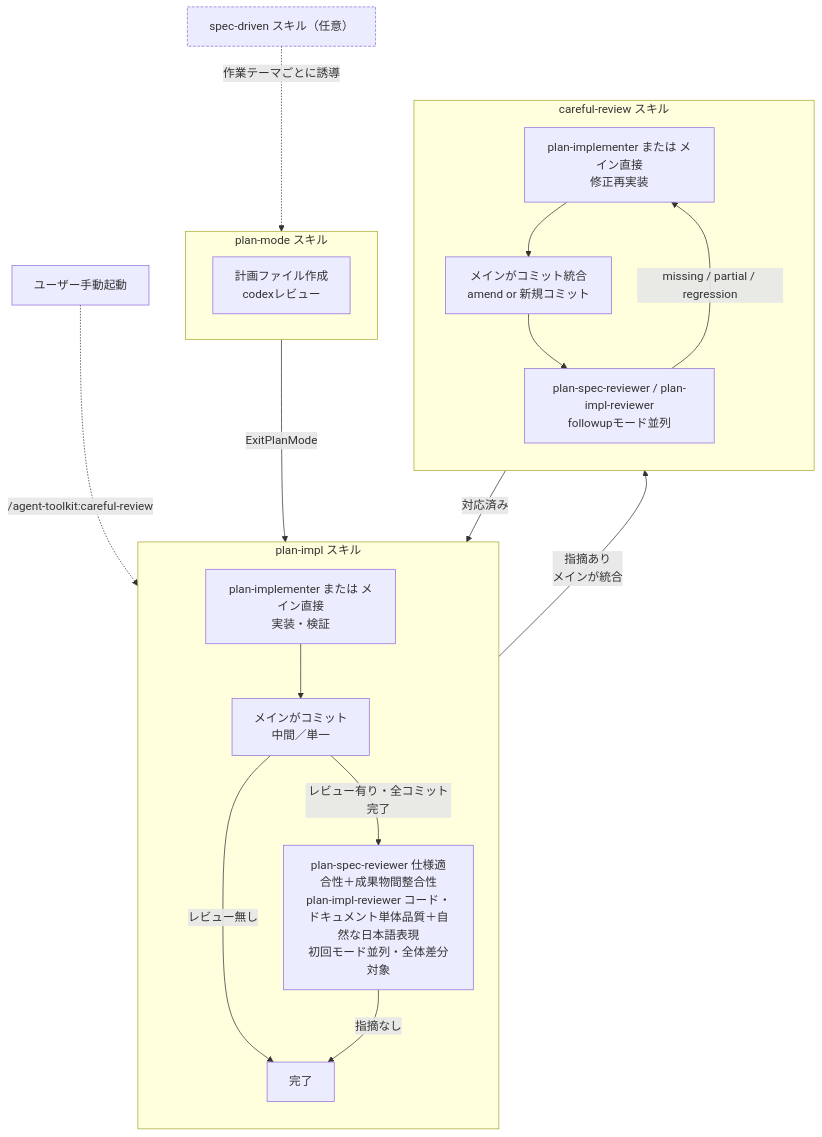
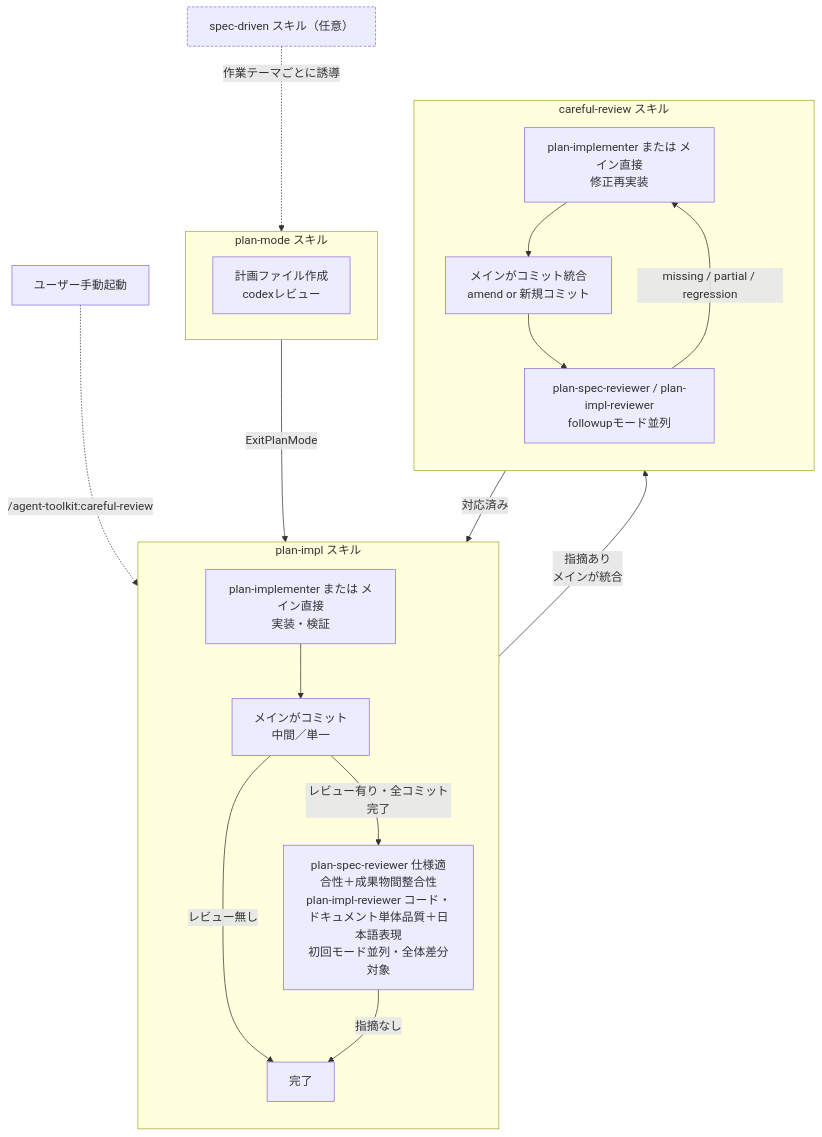
The diagram in .claude/rules/agent-toolkit.md (ak110/dotfiles), drawn with Mermaid before and after one commit. The commit also changed other lines of this file and 10 other files, not shown here.

````diff
--- a/.claude/rules/agent-toolkit.md
+++ b/.claude/rules/agent-toolkit.md
@@ -61,28 +61,28 @@
 ```mermaid
 flowchart TB
     SD["spec-driven スキル（任意）"]:::sd
     subgraph PM["plan-mode スキル"]
       P[計画ファイル作成<br/>codexレビュー]
     end
     subgraph PI["plan-impl スキル"]
       direction TB
       T[plan-implementer または メイン直接<br/>実装・検証] --> CM[メインがコミット<br/>中間／単一]
       CM -->|レビュー無し| END[完了]
       CM -->|レビュー有り・全コミット完了| CR
     end
     subgraph CRS["careful-review スキル"]
       direction TB
-      CR[plan-spec-reviewer 仕様適合性＋成果物間整合性<br/>plan-impl-reviewer コード・ドキュメント単体品質＋自然な日本語表現<br/>初回モード並列・全体差分対象]
+      CR[plan-spec-reviewer 仕様適合性＋成果物間整合性<br/>plan-impl-reviewer コード・ドキュメント単体品質＋日本語表現<br/>初回モード並列・全体差分対象]
       CR -->|指摘あり<br/>メインが統合| T2[plan-implementer または メイン直接<br/>修正再実装]
       T2 --> CFix[メインがコミット統合<br/>amend or 新規コミット]
       CFix --> R2[plan-spec-reviewer / plan-impl-reviewer<br/>followupモード並列]
       R2 -->|missing / partial / regression| T2
       CR -->|指摘なし| END
       R2 -->|対応済み| END
     end
     SD -.->|作業テーマごとに誘導| PM
     PM -->|ExitPlanMode| PI
     User[ユーザー手動起動] -.->|/agent-toolkit:careful-review| CR
 
     classDef sd stroke-dasharray: 4 2
 ```
````
